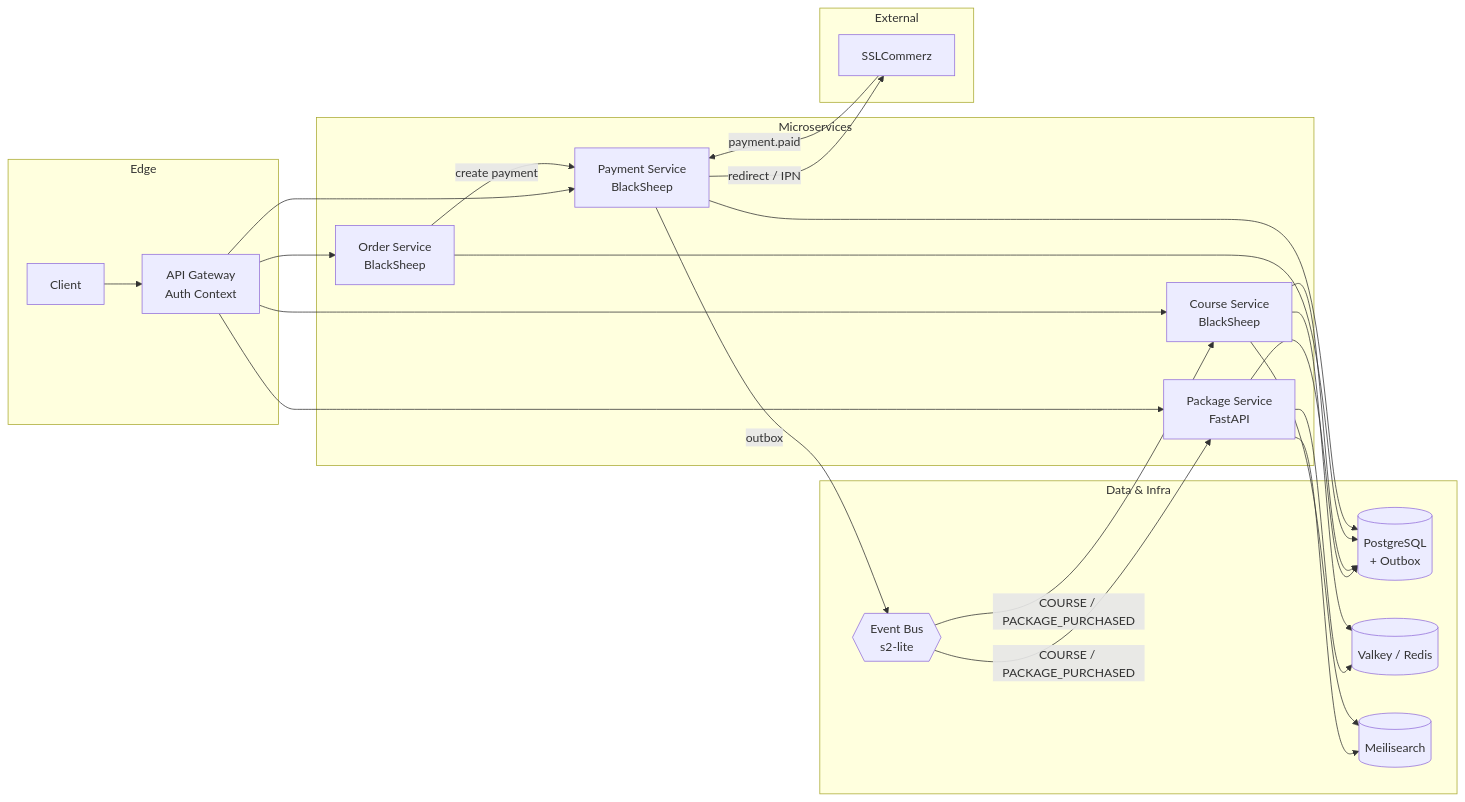
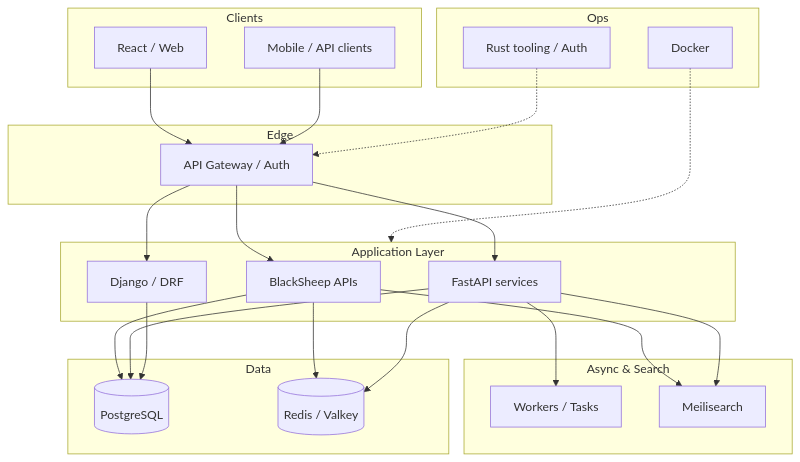
One commit to UddinNahim/UddinNahim changed the diagram in README.md. Above: the diagram before and after it, drawn with Mermaid. The commit also changed other lines of this file, not shown here.

Commit message:
Use a generic stack-based system design diagram
Keep the README product-agnostic while showcasing known backend technologies.

````diff
--- a/README.md
+++ b/README.md
@@ -23,37 +23,42 @@
 ```mermaid
-flowchart LR
-  subgraph Edge["Edge"]
-    C[Client]
-    G[API Gateway<br/>Auth Context]
+flowchart TB
+  subgraph Clients
+    WEB[React / Web]
+    API_CLIENT[Mobile / API clients]
   end
 
-  subgraph Services["Microservices"]
-    PKG[Package Service<br/>FastAPI]
-    CRS[Course Service<br/>BlackSheep]
-    ORD[Order Service<br/>BlackSheep]
-    PAY[Payment Service<br/>BlackSheep]
+  subgraph Edge
+    GW[API Gateway / Auth]
   end
 
-  subgraph Data["Data & Infra"]
-    PG[(PostgreSQL<br/>+ Outbox)]
-    CACHE[(Valkey / Redis)]
-    BUS{{Event Bus<br/>s2-lite}}
-    SEARCH[(Meilisearch)]
+  subgraph App["Application Layer"]
+    BS[BlackSheep APIs]
+    FA[FastAPI services]
+    DJ[Django / DRF]
   end
 
-  subgraph Provider["External"]
-    SSL[SSLCommerz]
+  subgraph Async["Async & Search"]
+    QUEUE[Workers / Tasks]
+    SEARCH[Meilisearch]
   end
 
-  C --> G
-  G --> PKG & CRS & ORD & PAY
-  PKG & CRS & ORD & PAY --> PG
-  PKG & CRS --> CACHE
-  PKG & CRS --> SEARCH
+  subgraph Data
+    PG[(PostgreSQL)]
+    REDIS[(Redis / Valkey)]
+  end
 
-  ORD -->|create payment| PAY
-  PAY -->|redirect / IPN| SSL
-  SSL -->|payment.paid| PAY
-  PAY -->|outbox| BUS
-  BUS -->|COURSE / PACKAGE_PURCHASED| CRS & PKG
+  subgraph Ops
+    DOCKER[Docker]
+    RUST[Rust tooling / Auth]
+  end
+
+  WEB --> GW
+  API_CLIENT --> GW
+  GW --> BS & FA & DJ
+  BS & FA & DJ --> PG
+  BS & FA --> REDIS
+  FA --> QUEUE
+  BS & FA --> SEARCH
+  DOCKER -.-> App
+  RUST -.-> GW
 ```
````
